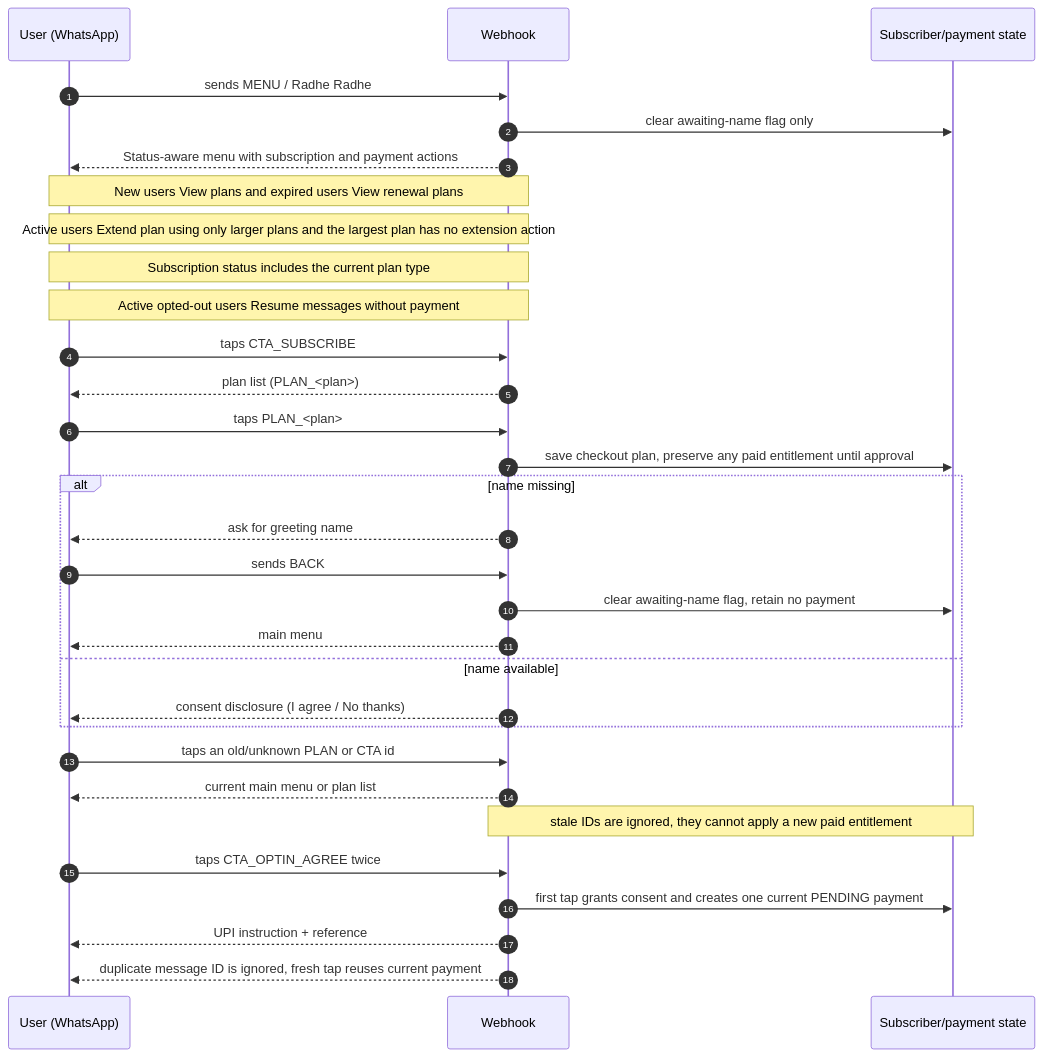
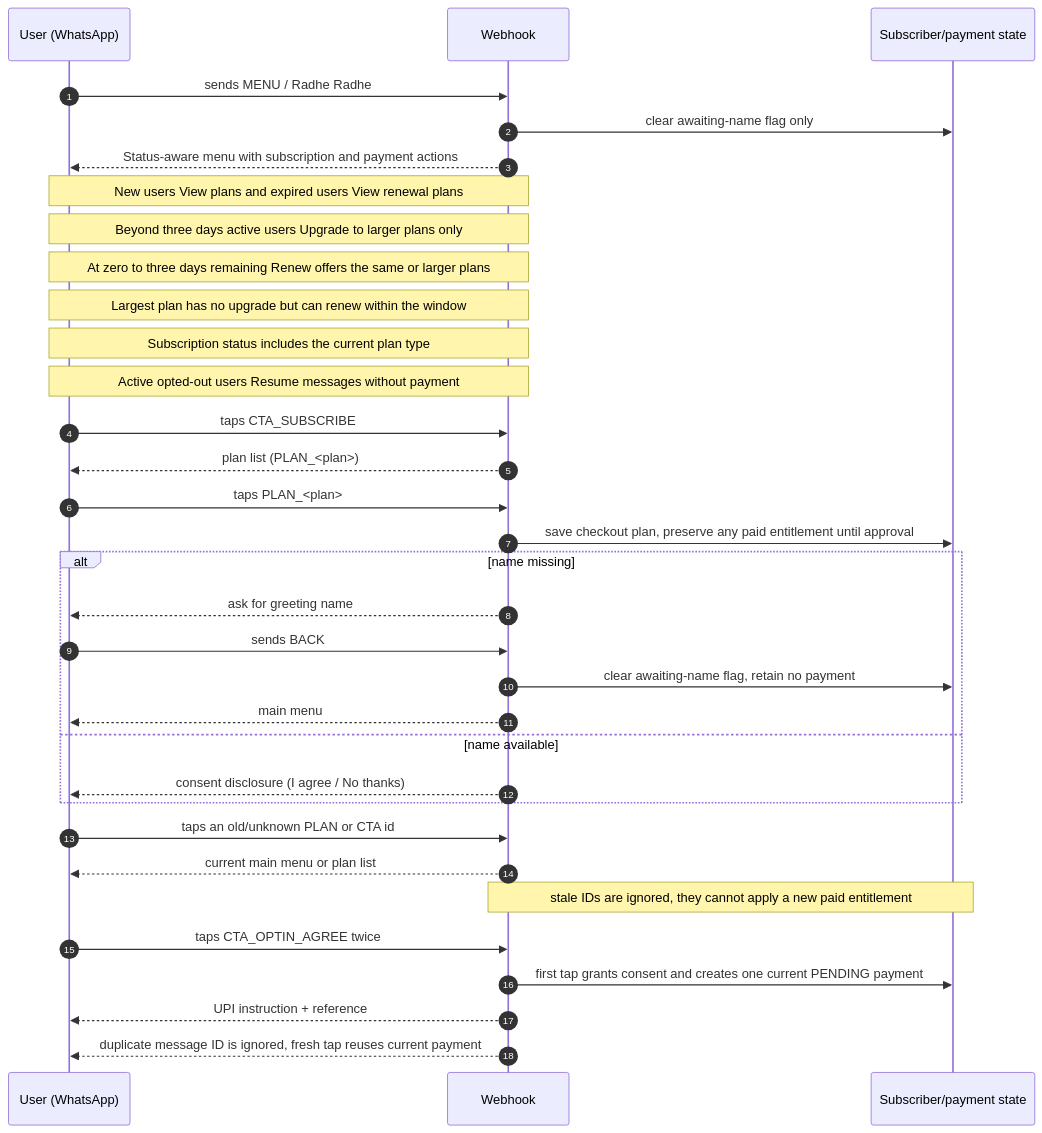
The fifth of 12 diagrams in sequence-diagrams.md (mishnit/daily-darshan), drawn with Mermaid before and after one commit. The commit also changed other lines of this file and 8 other files, not shown here.

Commit message:
fix: restrict same-plan renewal to final three days

````diff
--- a/sequence-diagrams.md
+++ b/sequence-diagrams.md
@@ -233,37 +233,39 @@
 ```mermaid
 sequenceDiagram
     autonumber
     participant User as User (WhatsApp)
     participant Web as Webhook
     participant State as Subscriber/payment state
 
     User->>Web: sends MENU / Radhe Radhe
     Web->>State: clear awaiting-name flag only
     Web-->>User: Status-aware menu with subscription and payment actions
     Note over Web,User: New users View plans and expired users View renewal plans
-    Note over Web,User: Active users Extend plan using only larger plans and the largest plan has no extension action
+    Note over Web,User: Beyond three days active users Upgrade to larger plans only
+    Note over Web,User: At zero to three days remaining Renew offers the same or larger plans
+    Note over Web,User: Largest plan has no upgrade but can renew within the window
     Note over Web,User: Subscription status includes the current plan type
     Note over Web,User: Active opted-out users Resume messages without payment
 
     User->>Web: taps CTA_SUBSCRIBE
     Web-->>User: plan list (PLAN_<plan>)
     User->>Web: taps PLAN_<plan>
     Web->>State: save checkout plan, preserve any paid entitlement until approval
     alt name missing
         Web-->>User: ask for greeting name
         User->>Web: sends BACK
         Web->>State: clear awaiting-name flag, retain no payment
         Web-->>User: main menu
     else name available
         Web-->>User: consent disclosure (I agree / No thanks)
     end
 
     User->>Web: taps an old/unknown PLAN or CTA id
     Web-->>User: current main menu or plan list
     Note over Web,State: stale IDs are ignored, they cannot apply a new paid entitlement
 
     User->>Web: taps CTA_OPTIN_AGREE twice
     Web->>State: first tap grants consent and creates one current PENDING payment
     Web-->>User: UPI instruction + reference
     Web-->>User: duplicate message ID is ignored, fresh tap reuses current payment
 ```
````
